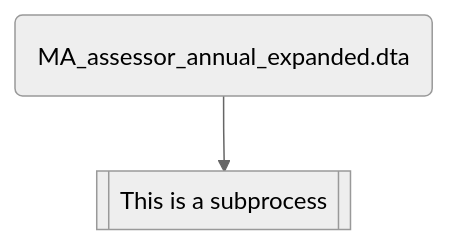
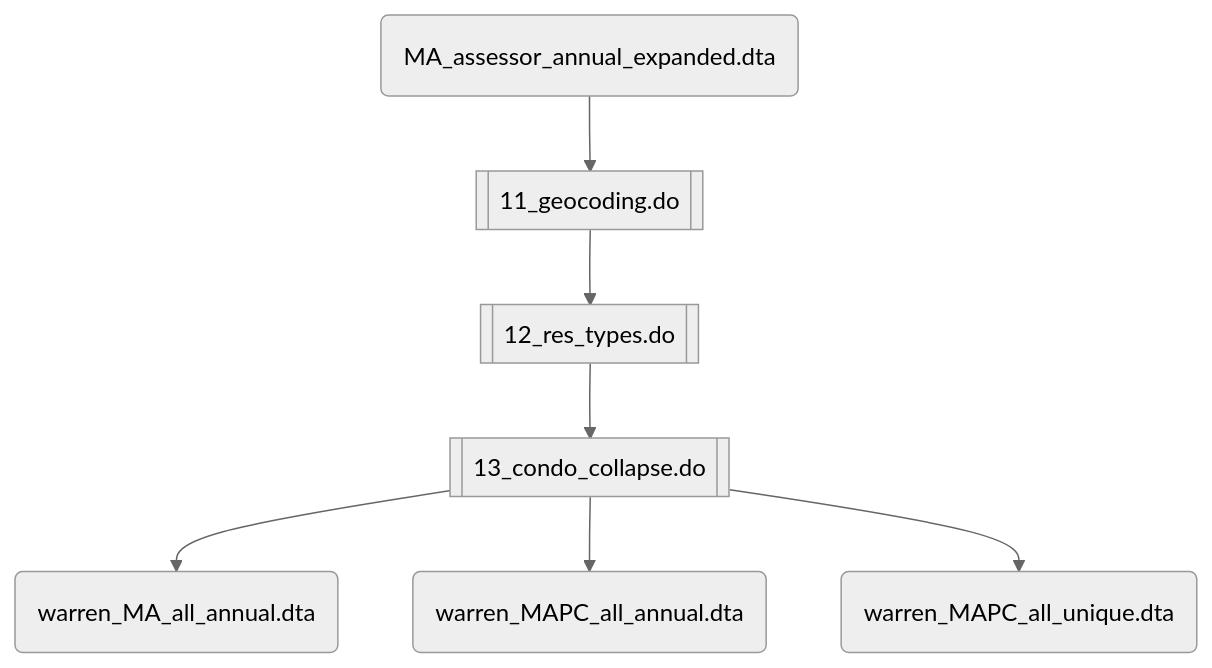
The first of 4 diagrams in code/data_setup/README.md (nchiumenti/boston_zoning), drawn with Mermaid (neutral theme) before and after one commit.

````diff
--- a/code/data_setup/README.md
+++ b/code/data_setup/README.md
@@ -51,6 +51,17 @@
 ```mermaid
 flowchart TD
-  A(MA_assessor_annual_expanded.dta);
-  B@{ shape: subproc, label: "This is a subprocess" };
-  A --> B;
+  d1(MA_assessor_annual_expanded.dta);
+  f1@{ shape: subproc, label: "11_geocoding.do" };
+  f2@{ shape: subproc, label: "12_res_types.do" };
+  f3@{ shape: subproc, label: "13_condo_collapse.do " };
+  d2(warren_MA_all_annual.dta);
+  d3(warren_MAPC_all_annual.dta);
+  d4(warren_MAPC_all_unique.dta);
+
+  d1 --> f1;
+  f1 --> f2;
+  f2 --> f3;
+  f3 --> d2;
+  f3 --> d3;
+  f3 --> d4;
 ```
````
